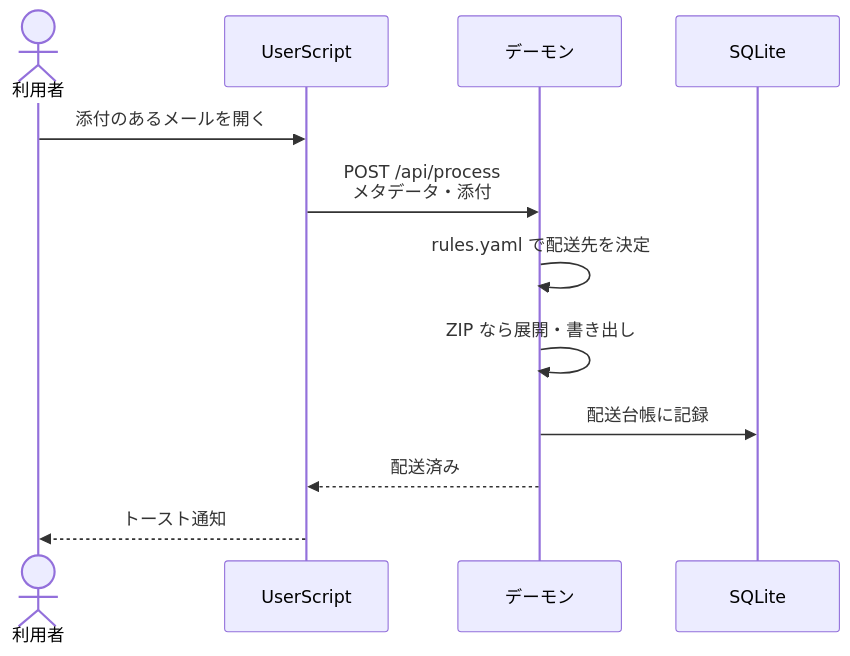
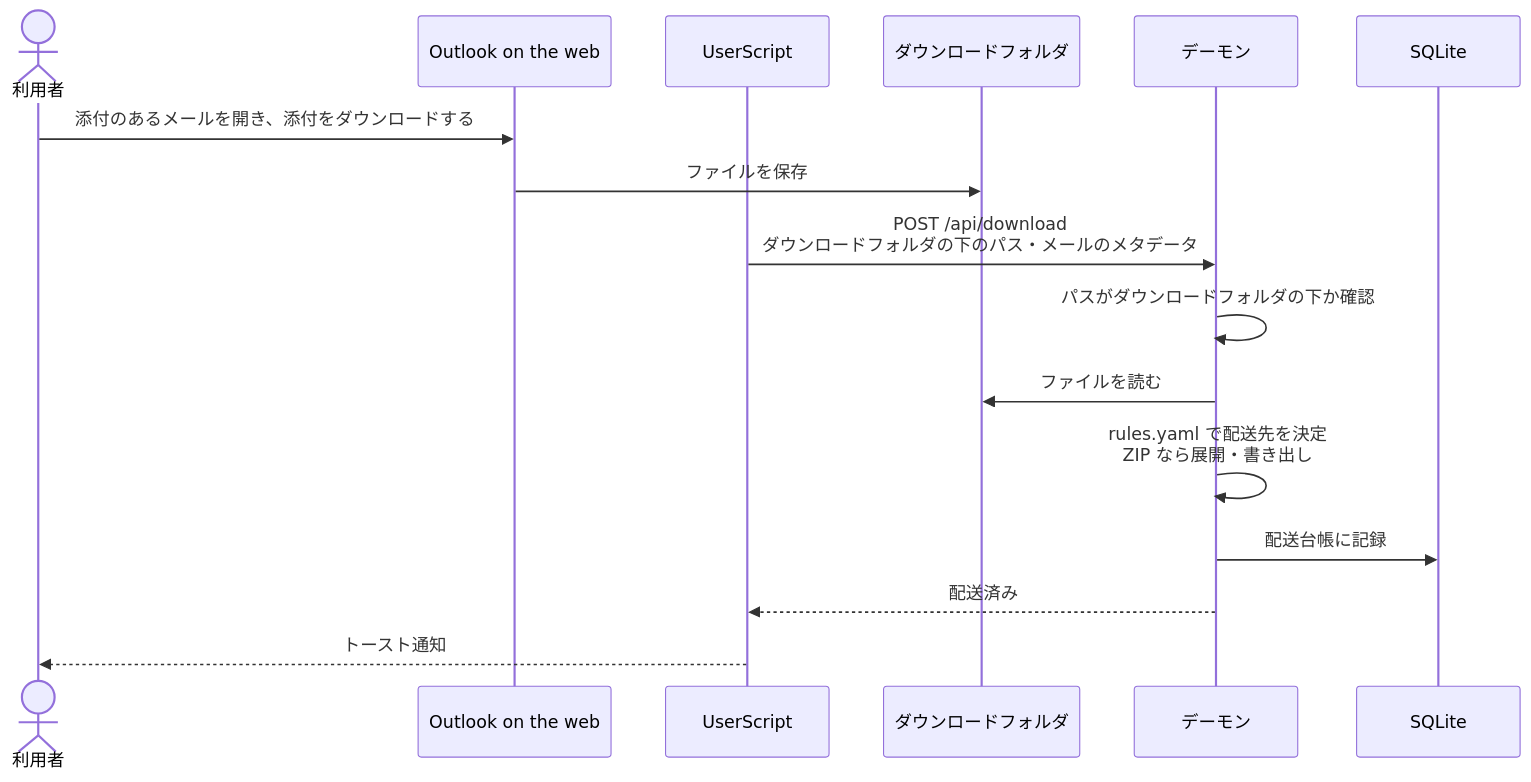
Before and after one commit to ShortArrow/ppapd: the second of 5 diagrams in docs/ARCHITECTURE.md, drawn with Mermaid. The commit also changed other lines of this file and 4 other files, not shown here.

````diff
--- a/docs/ARCHITECTURE.md
+++ b/docs/ARCHITECTURE.md
@@ -43,15 +43,19 @@
 ```mermaid
 sequenceDiagram
     actor U as 利用者
+    participant OWA as Outlook on the web
     participant US as UserScript
+    participant DL as ダウンロードフォルダ
     participant D as デーモン
     participant DB as SQLite
 
-    U->>US: 添付のあるメールを開く
-    US->>D: POST /api/process<br/>メタデータ・添付
-    D->>D: rules.yaml で配送先を決定
-    D->>D: ZIP なら展開・書き出し
+    U->>OWA: 添付のあるメールを開き、添付をダウンロードする
+    OWA->>DL: ファイルを保存
+    US->>D: POST /api/download<br/>ダウンロードフォルダの下のパス・メールのメタデータ
+    D->>D: パスがダウンロードフォルダの下か確認
+    D->>DL: ファイルを読む
+    D->>D: rules.yaml で配送先を決定<br/>ZIP なら展開・書き出し
     D->>DB: 配送台帳に記録
     D-->>US: 配送済み
     US-->>U: トースト通知
 ```
````
